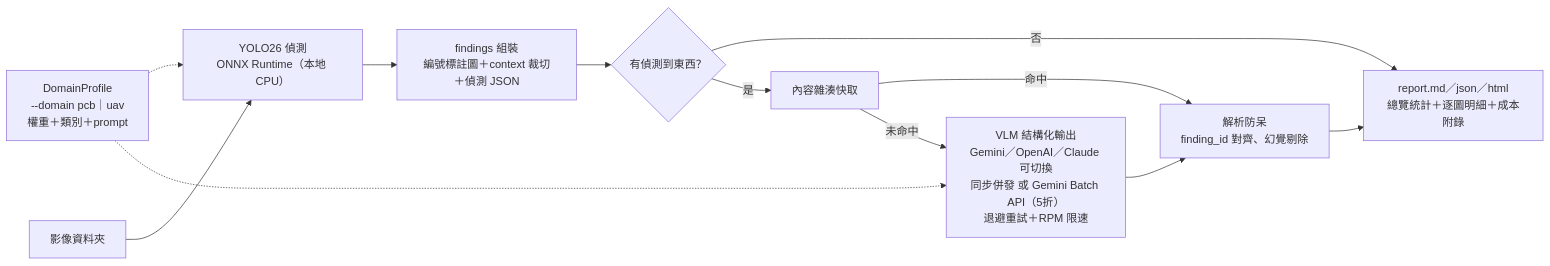
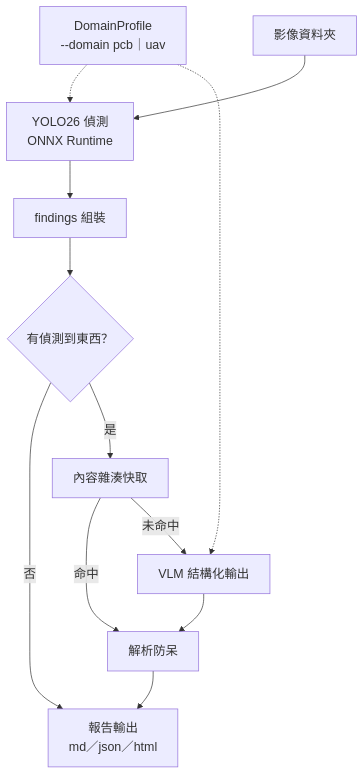
The diagram in README.md (tun0000/visual-inspection-reporter), drawn with Mermaid before and after one commit. The commit also changed other lines of this file, not shown here.

Commit message:
Simplify architecture diagram for legibility on GitHub
The LR layout with 3-4 lines packed into several nodes forced GitHub to
shrink the whole diagram to fit the README's fixed-width column, making
the text unreadable at default zoom. Switched to TD (portrait fits a
narrow column better than landscape) and trimmed node labels to just
their name -- the surrounding "工程細節" bullets already cover every
detail that used to be crammed into the nodes. Verified by rendering
locally with mermaid-cli before pushing (valid syntax, readable layout).

````diff
--- a/README.md
+++ b/README.md
@@ -25,14 +25,14 @@
 ```mermaid
-flowchart LR
-    P["DomainProfile<br>--domain pcb｜uav<br>權重＋類別＋prompt"] -.-> B
-    P -.-> F
-    A[影像資料夾] --> B["YOLO26 偵測<br>ONNX Runtime（本地 CPU）"]
-    B --> C["findings 組裝<br>編號標註圖＋context 裁切＋偵測 JSON"]
+%%{init: {'themeVariables': {'fontSize': '18px'}, 'flowchart': {'nodeSpacing': 45, 'rankSpacing': 55}}}%%
+flowchart TD
+    P["DomainProfile<br/>--domain pcb｜uav"] -.-> B & F
+    A[影像資料夾] --> B["YOLO26 偵測<br/>ONNX Runtime"]
+    B --> C[findings 組裝]
     C --> D{有偵測到東西？}
     D -- 否 --> I
     D -- 是 --> E[內容雜湊快取]
     E -- 命中 --> G
-    E -- 未命中 --> F["VLM 結構化輸出<br>Gemini／OpenAI／Claude 可切換<br>同步併發 或 Gemini Batch API（5折）<br>退避重試＋RPM 限速"]
-    F --> G["解析防呆<br>finding_id 對齊、幻覺剔除"]
-    G --> I["report.md／json／html<br>總覽統計＋逐圖明細＋成本附錄"]
+    E -- 未命中 --> F[VLM 結構化輸出]
+    F --> G[解析防呆]
+    G --> I["報告輸出<br/>md／json／html"]
 ```
````
